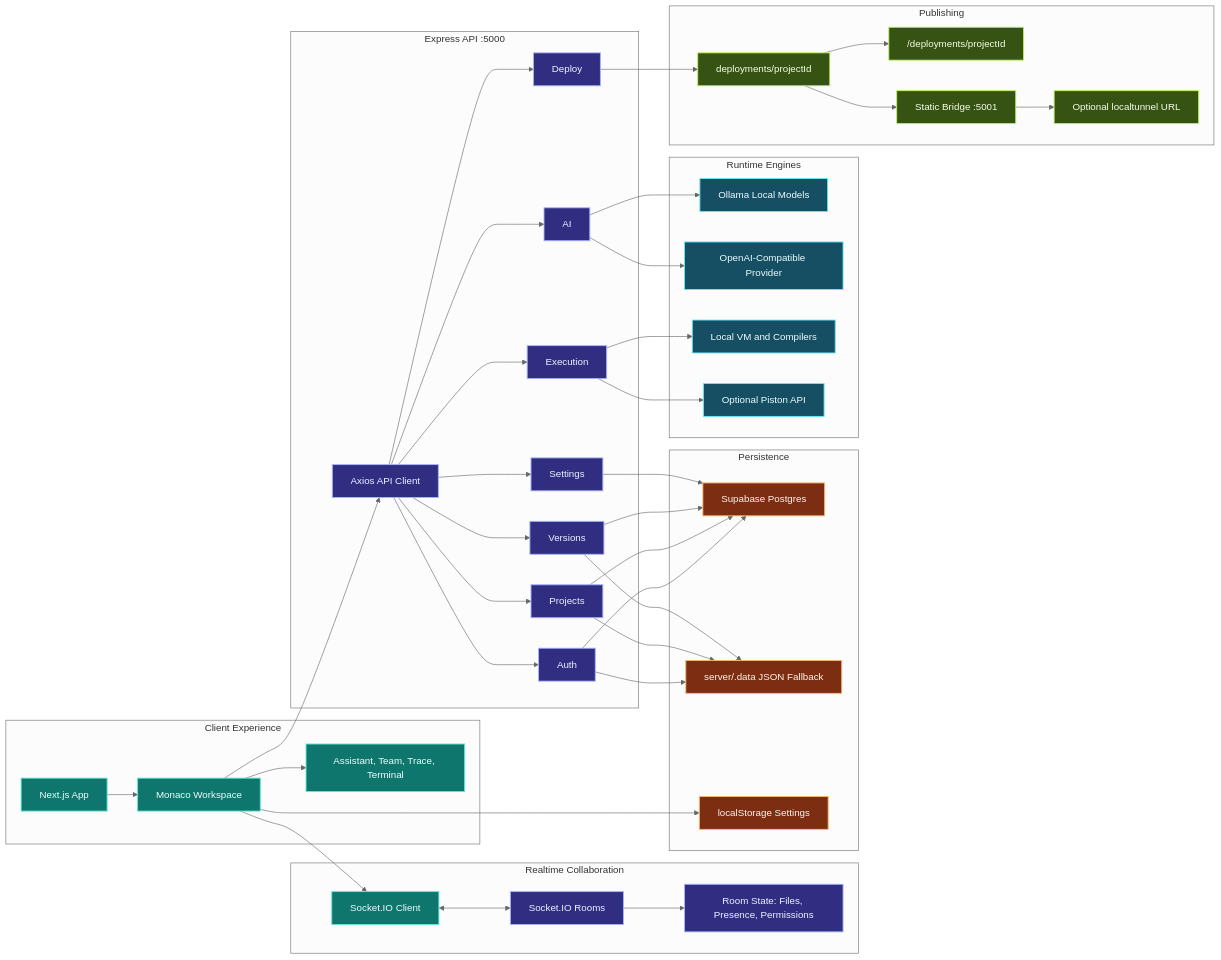
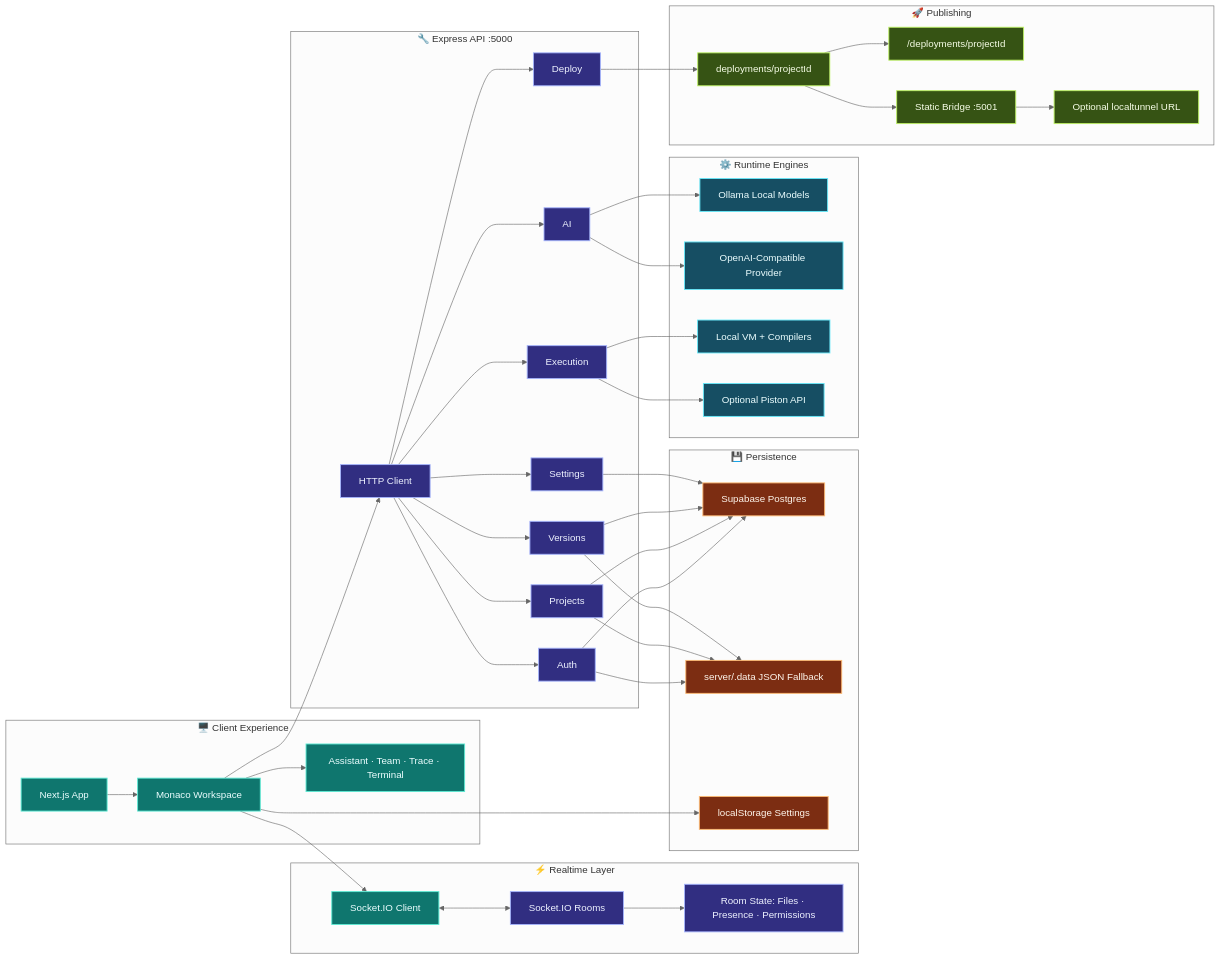
One commit to Ayush-Kumar0207/codeverse changed the second of 3 diagrams in README.md. Above: the diagram before and after it, drawn with Mermaid (neutral theme). The commit also changed other lines of this file and 1 other file, not shown here.

```diff
--- a/README.md
+++ b/README.md
@@ -257,24 +310,24 @@
   classDef runtime fill:#164e63,stroke:#67e8f9,color:#ecfeff,stroke-width:1.5px;
   classDef deploy fill:#365314,stroke:#bef264,color:#f7fee7,stroke-width:1.5px;
 
-  subgraph C["Client Experience"]
+  subgraph C["🖥️ Client Experience"]
     Browser["Next.js App"]
     Workspace["Monaco Workspace"]
-    Panels["Assistant, Team, Trace, Terminal"]
+    Panels["Assistant · Team · Trace · Terminal"]
     Browser --> Workspace
     Workspace --> Panels
   end
 
-  subgraph R["Realtime Collaboration"]
+  subgraph R["⚡ Realtime Layer"]
     SocketClient["Socket.IO Client"]
     SocketServer["Socket.IO Rooms"]
-    RoomState["Room State: Files, Presence, Permissions"]
+    RoomState["Room State: Files · Presence · Permissions"]
     SocketClient <--> SocketServer
     SocketServer --> RoomState
   end
 
-  subgraph A["Express API :5000"]
-    API["Axios API Client"]
+  subgraph A["🔧 Express API :5000"]
+    API["HTTP Client"]
     Auth["Auth"]
     Projects["Projects"]
     Code["Versions"]
@@ -291,20 +344,20 @@
     API --> Settings
   end
 
-  subgraph D["Persistence"]
+  subgraph D["💾 Persistence"]
     Supabase["Supabase Postgres"]
     LocalJSON["server/.data JSON Fallback"]
     LocalState["localStorage Settings"]
   end
 
-  subgraph X["Runtime Engines"]
+  subgraph X["⚙️ Runtime Engines"]
     Ollama["Ollama Local Models"]
     OpenAI["OpenAI-Compatible Provider"]
-    LocalRuntime["Local VM and Compilers"]
+    LocalRuntime["Local VM + Compilers"]
     Piston["Optional Piston API"]
   end
 
-  subgraph P["Publishing"]
+  subgraph P["🚀 Publishing"]
     Deployments["deployments/projectId"]
     StaticAPI["/deployments/projectId"]
     StaticBridge["Static Bridge :5001"]
```
